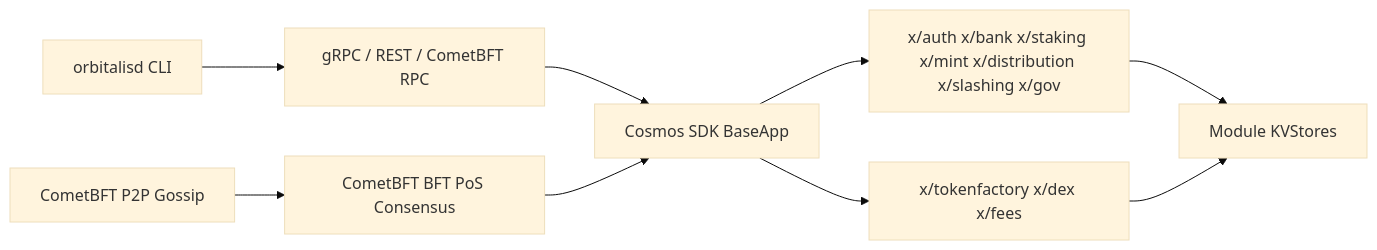
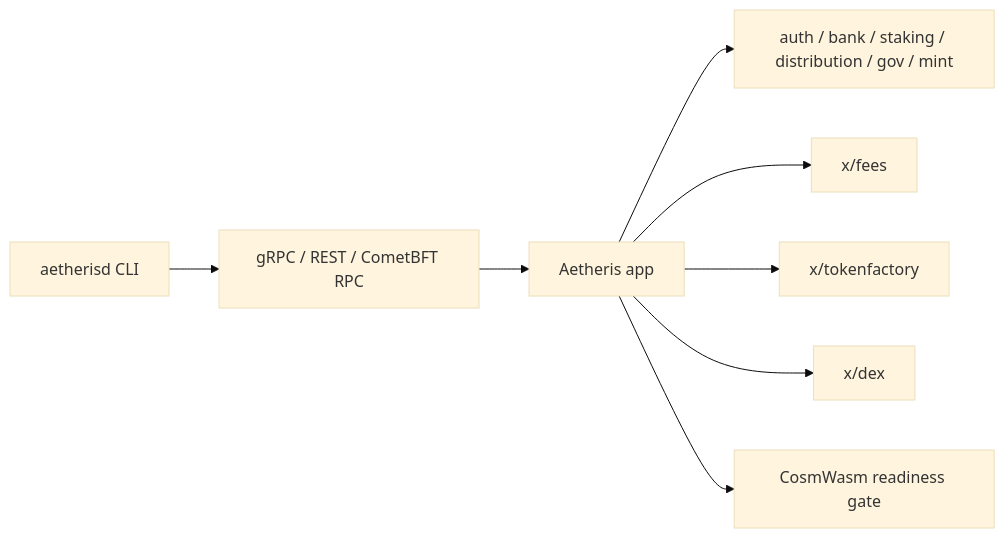
Before and after one commit to SoftwareMaestro16/Aetheris-Blockchain: the diagram in README.md, drawn with Mermaid (base theme). The commit also changed other lines of this file and 209 other files, not shown here.

````diff
--- a/README.md
+++ b/README.md
@@ -9,11 +9,10 @@
 ```mermaid
 flowchart LR
-  CLI["orbitalisd CLI"] --> RPC["gRPC / REST / CometBFT RPC"]
-  RPC --> APP["Cosmos SDK BaseApp"]
-  P2P["CometBFT P2P Gossip"] --> CONS["CometBFT BFT PoS Consensus"]
-  CONS --> APP
-  APP --> CORE["x/auth x/bank x/staking x/mint x/distribution x/slashing x/gov"]
-  APP --> CUSTOM["x/tokenfactory x/dex x/fees"]
-  CORE --> STORE["Module KVStores"]
-  CUSTOM --> STORE
+  CLI["aetherisd CLI"] --> RPC["gRPC / REST / CometBFT RPC"]
+  RPC --> APP["Aetheris app"]
+  APP --> CORE["auth / bank / staking / distribution / gov / mint"]
+  APP --> FEES["x/fees"]
+  APP --> TF["x/tokenfactory"]
+  APP --> DEX["x/dex"]
+  APP --> WASM["CosmWasm readiness gate"]
 ```
````
